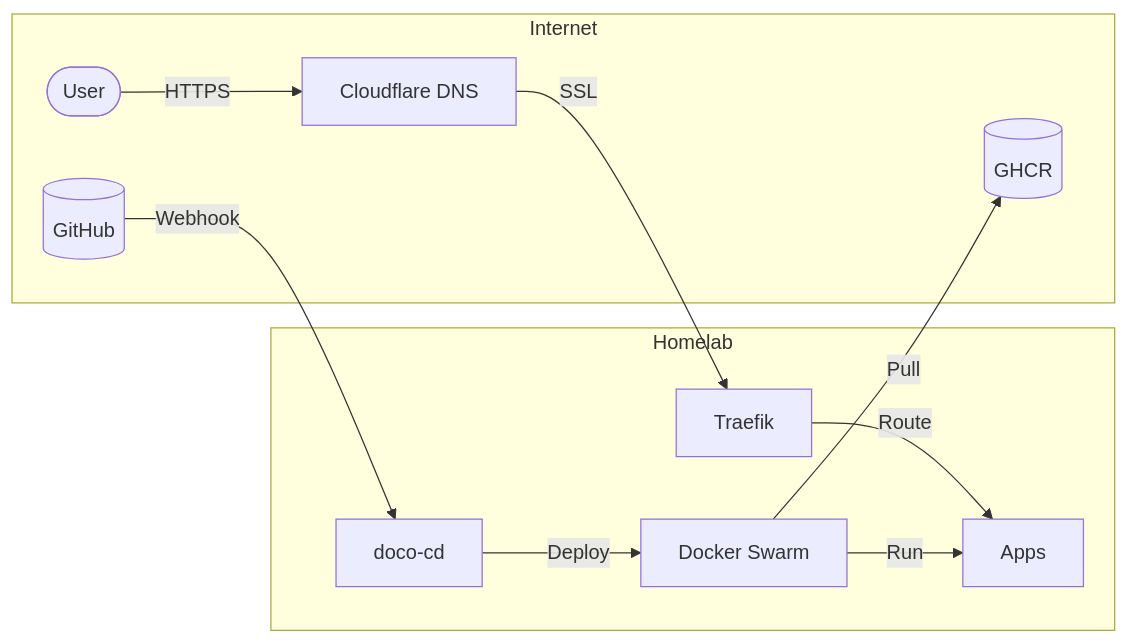
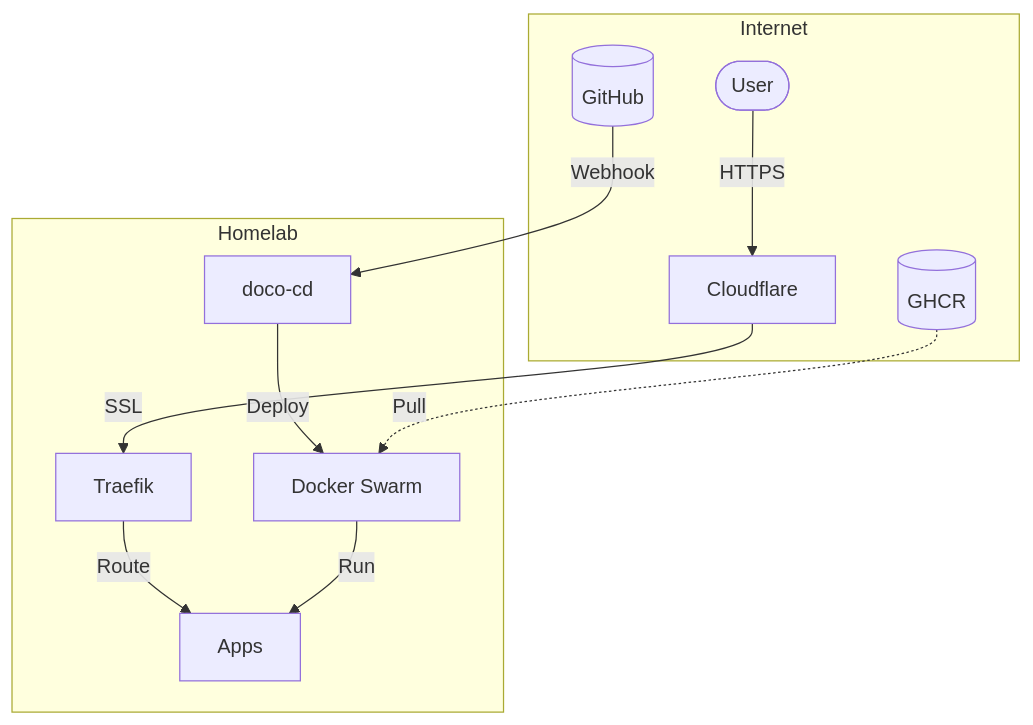
Before and after one commit to wajeht/home-ops: the diagram in README.md, drawn with Mermaid.

Commit message:
docs: improve architecture diagram and overview for clarity

````diff
--- a/README.md
+++ b/README.md
@@ -14,24 +14,20 @@
 ```mermaid
-flowchart LR
+flowchart TB
     subgraph Internet
         User([User])
+        Cloudflare[Cloudflare]
         GitHub[(GitHub)]
-        Cloudflare[Cloudflare DNS]
         GHCR[(GHCR)]
     end
 
     subgraph Homelab
         Traefik[Traefik]
         DocoCd[doco-cd]
         Swarm[Docker Swarm]
         Apps[Apps]
     end
 
-    User -->|HTTPS| Cloudflare
-    Cloudflare -->|SSL| Traefik
-    Traefik -->|Route| Apps
-    GitHub -->|Webhook| DocoCd
-    DocoCd -->|Deploy| Swarm
-    Swarm -->|Pull| GHCR
-    Swarm -->|Run| Apps
+    User -->|HTTPS| Cloudflare -->|SSL| Traefik -->|Route| Apps
+    GitHub -->|Webhook| DocoCd -->|Deploy| Swarm -->|Run| Apps
+    GHCR -.->|Pull| Swarm
 ```
````
